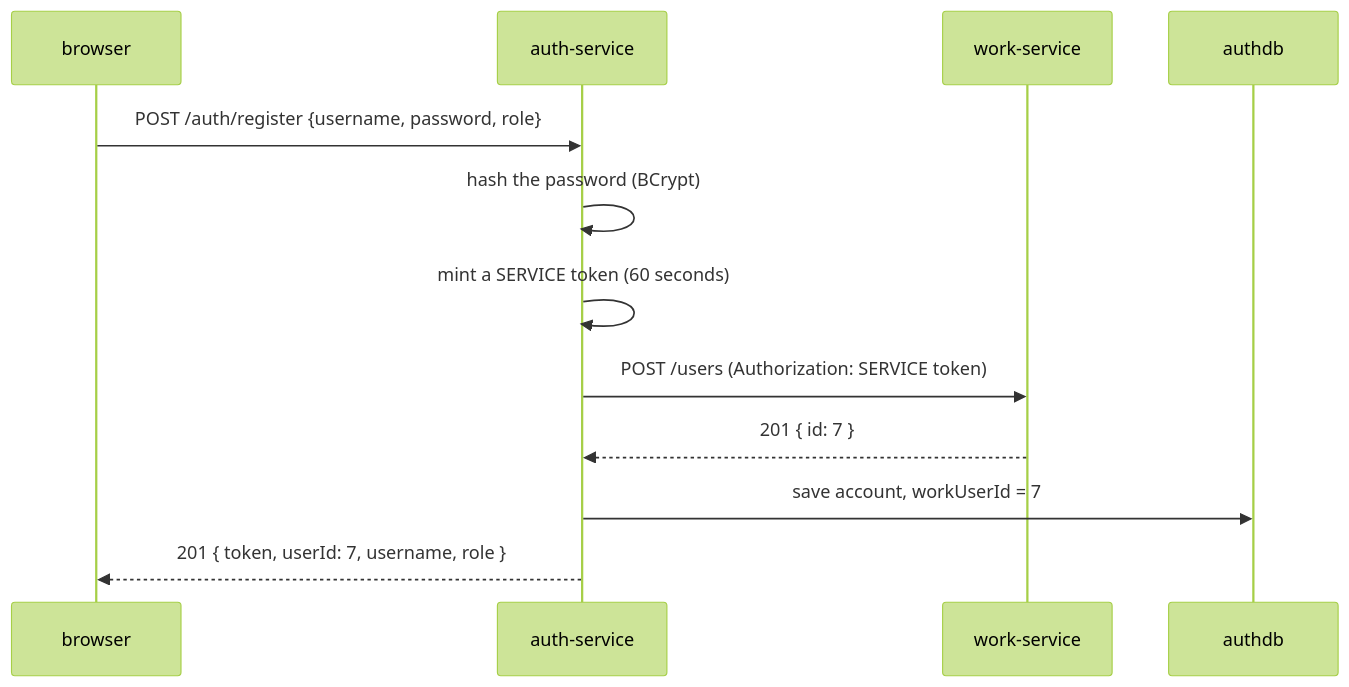
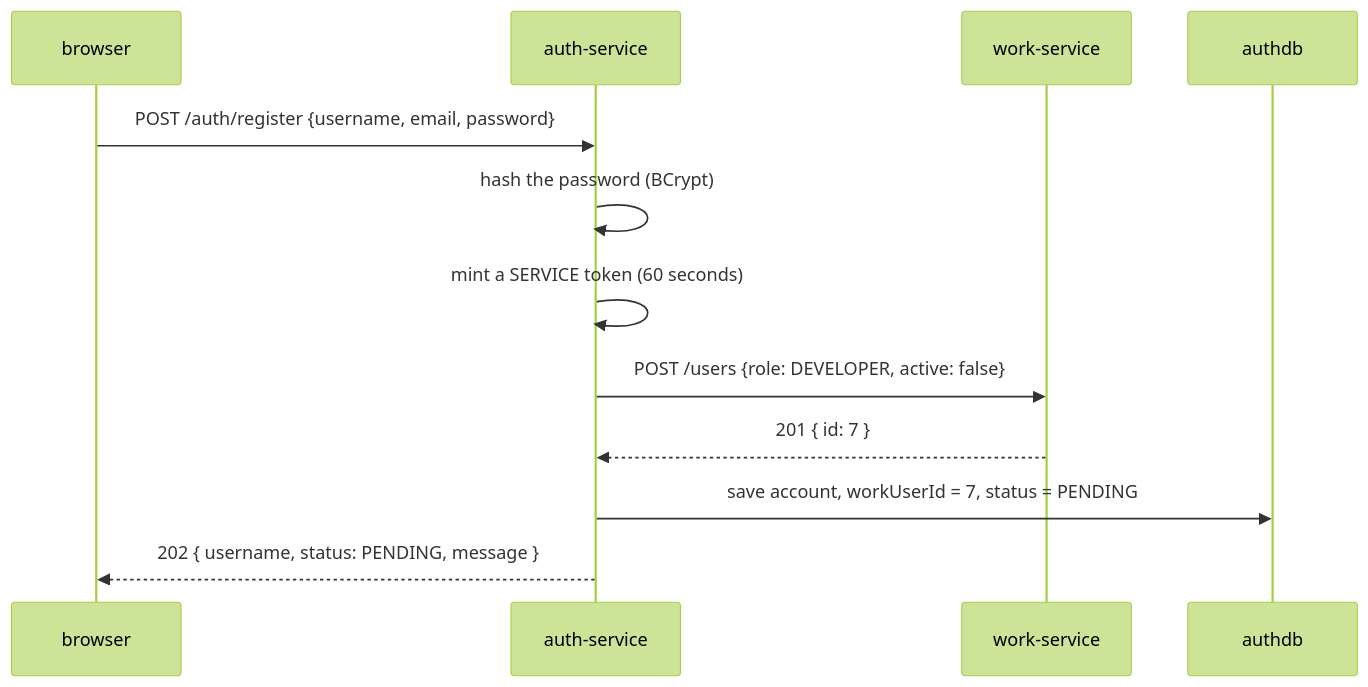
One commit to Abdelmoniem-Ouadoudi/workflow-api changed the diagram in docs/services/auth-service.md. Above: the diagram before and after it, drawn with Mermaid (forest theme). The commit also changed other lines of this file and 107 other files, not shown here.

````diff
--- a/docs/services/auth-service.md
+++ b/docs/services/auth-service.md
@@ -29,15 +74,15 @@
 ```mermaid
 sequenceDiagram
     participant B as browser
     participant A as auth-service
     participant W as work-service
     participant DB as authdb
 
-    B->>A: POST /auth/register {username, password, role}
+    B->>A: POST /auth/register {username, email, password}
     A->>A: hash the password (BCrypt)
     A->>A: mint a SERVICE token (60 seconds)
-    A->>W: POST /users  (Authorization: SERVICE token)
+    A->>W: POST /users {role: DEVELOPER, active: false}
     W-->>A: 201 { id: 7 }
-    A->>DB: save account, workUserId = 7
-    A-->>B: 201 { token, userId: 7, username, role }
+    A->>DB: save account, workUserId = 7, status = PENDING
+    A-->>B: 202 { username, status: PENDING, message }
 ```
````
